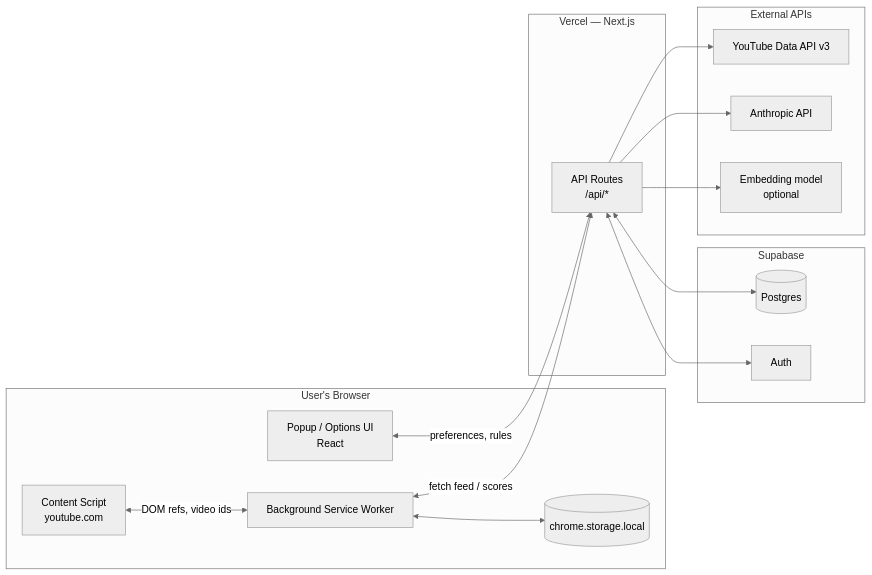
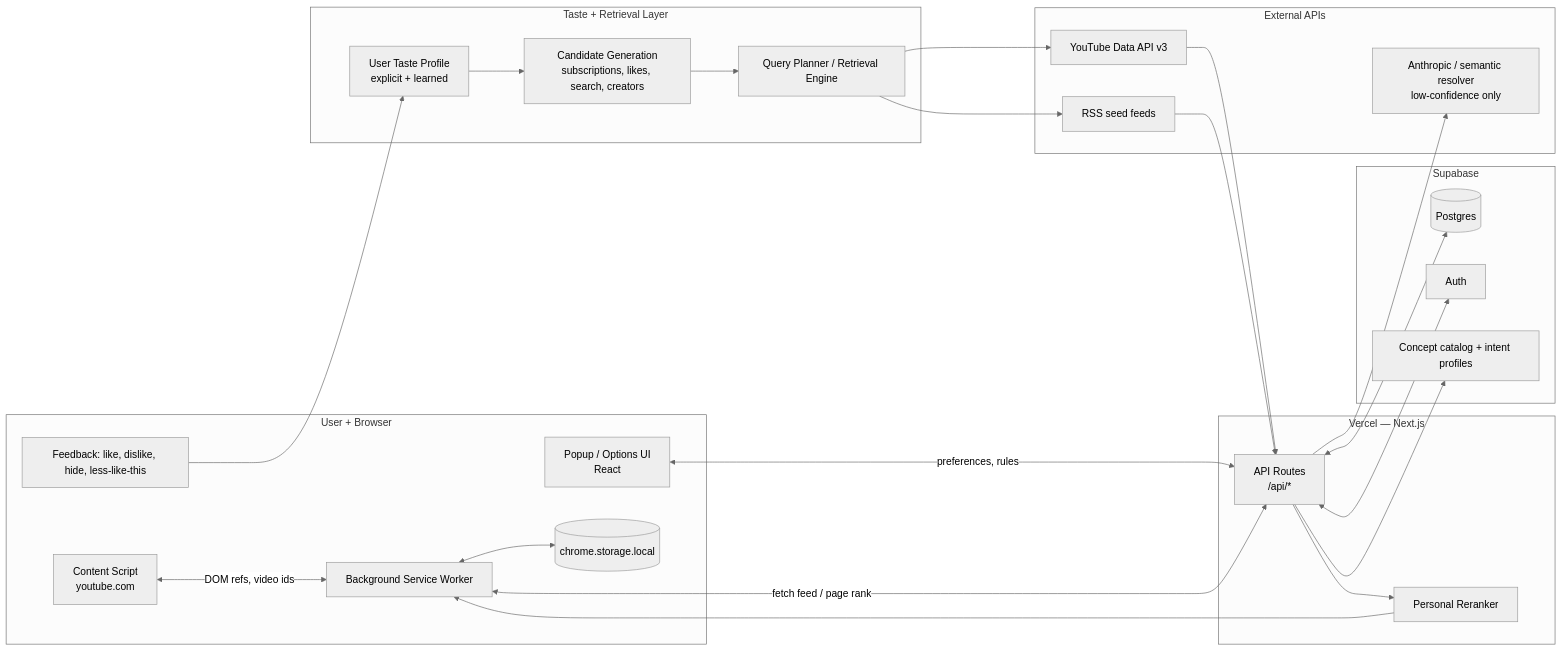
One commit to AsimovNo9/MyAlgo changed the first of 3 diagrams in ARCHITECTURE.md. Above: the diagram before and after it, drawn with Mermaid (neutral theme). The commit also changed other lines of this file and 3 other files, not shown here.

Commit message:
docs: define recommendation engine architecture

````diff
--- a/ARCHITECTURE.md
+++ b/ARCHITECTURE.md
@@ -35,34 +41,51 @@
 ```mermaid
 flowchart LR
-  subgraph Browser[User's Browser]
+  subgraph User[User + Browser]
     CS[Content Script<br/>youtube.com]
     BG[Background Service Worker]
     POPUP[Popup / Options UI<br/>React]
     LS[(chrome.storage.local)]
+    FEEDBACK[Feedback: like, dislike, hide, less-like-this]
+  end
+
+  subgraph Profile[Taste + Retrieval Layer]
+    TP[User Taste Profile<br/>explicit + learned]
+    CG[Candidate Generation<br/>subscriptions, likes, search, creators]
+    QP[Query Planner / Retrieval Engine]
   end
 
   subgraph Vercel[Vercel — Next.js]
     API[API Routes<br/>/api/*]
+    RANK[Personal Reranker]
   end
 
   subgraph Supabase[Supabase]
     PG[(Postgres)]
     AUTH[Auth]
+    CATALOG[Concept catalog + intent profiles]
   end
 
   subgraph External[External APIs]
     YT[YouTube Data API v3]
-    CLAUDE[Anthropic API]
-    EMB[Embedding model<br/>optional]
+    RSS[RSS seed feeds]
+    LLM[Anthropic / semantic resolver<br/>low-confidence only]
   end
 
   POPUP <-->|preferences, rules| API
-  BG <-->|fetch feed / scores| API
+  BG <-->|fetch feed / page rank| API
   CS <-->|DOM refs, video ids| BG
   BG <--> LS
+  FEEDBACK --> TP
+  TP --> CG
+  CG --> QP
+  QP --> YT
+  QP --> RSS
+  YT --> API
+  RSS --> API
+  API --> CATALOG
   API <--> PG
   API <--> AUTH
-  API --> YT
-  API --> CLAUDE
-  API --> EMB
+  API --> RANK
+  API --> LLM
+  RANK --> BG
 ```
````
